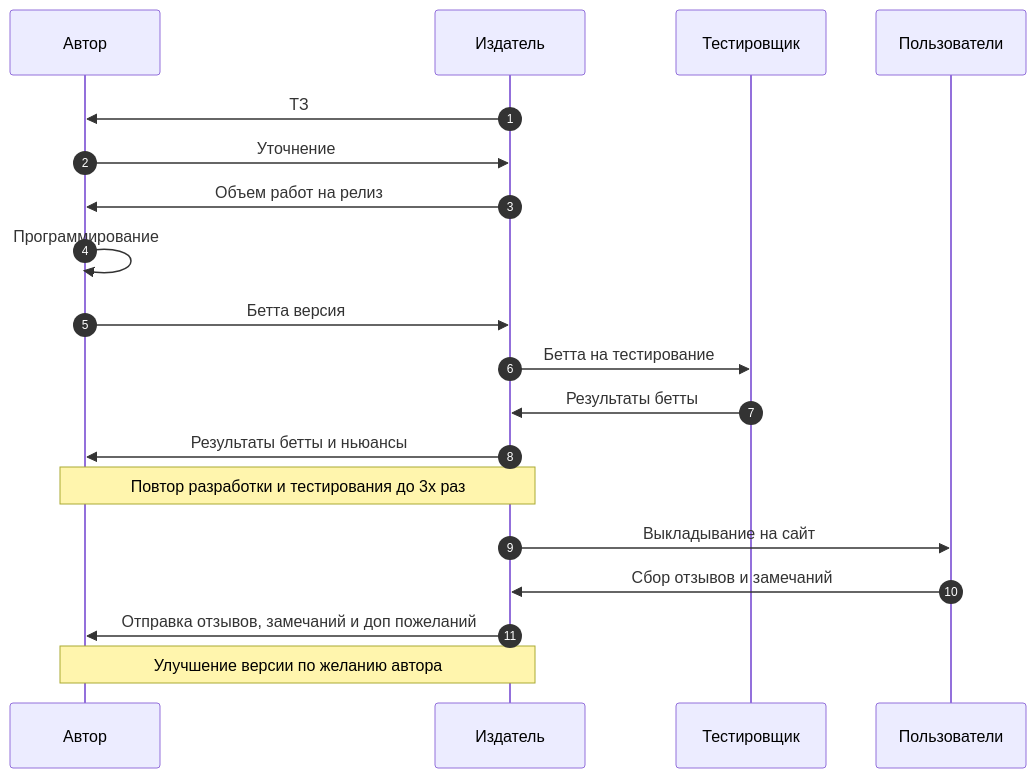
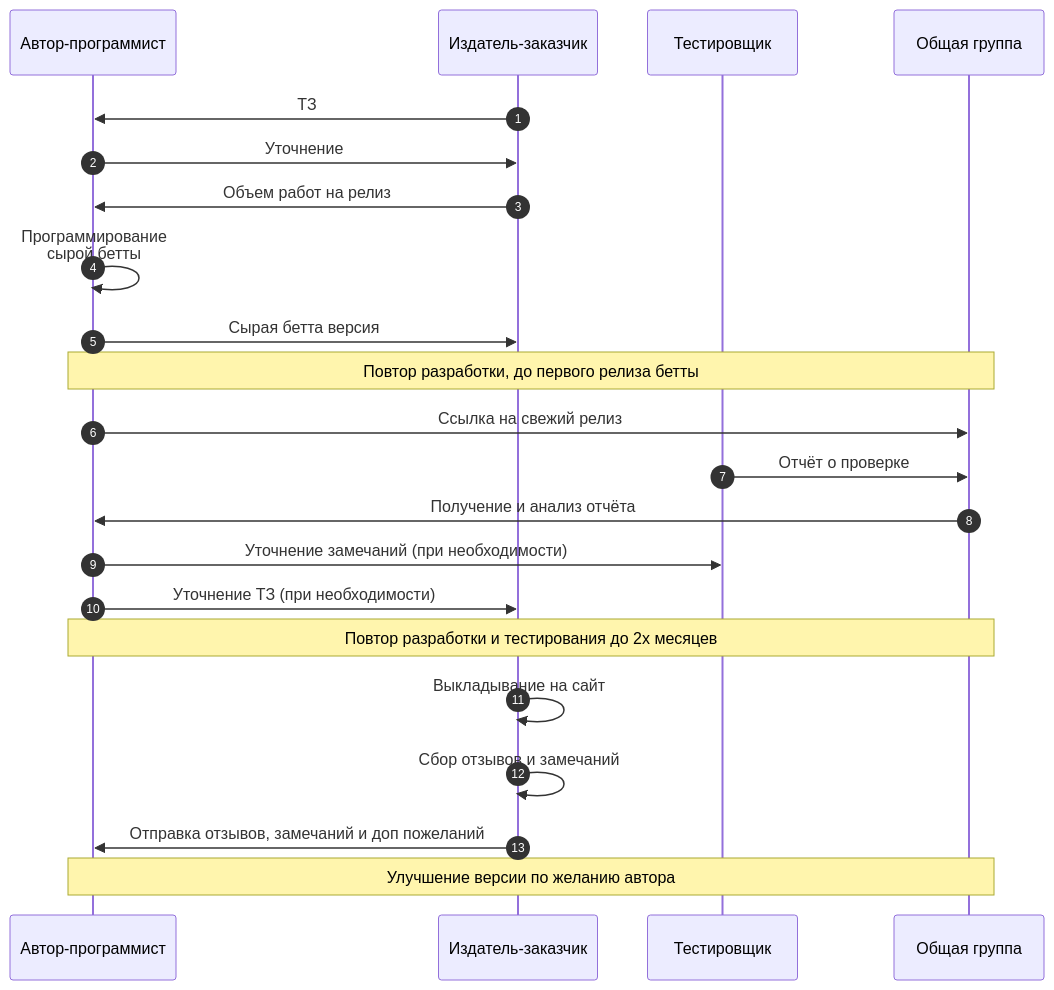
Before and after one commit to antlas1/reqdialas: the diagram in izdat.md, drawn with Mermaid. The commit also changed other lines of this file, not shown here.

````diff
--- a/izdat.md
+++ b/izdat.md
@@ -3,21 +3,24 @@
 ```mermaid
 sequenceDiagram
     autonumber
-    Participant A as Автор
-    Participant I as Издатель
+    Participant A as Автор-программист
+    Participant I as Издатель-заказчик
     Participant T as Тестировщик
-    Participant U as Пользователи
+    Participant G as Общая группа
     I ->> A : ТЗ
     A ->> I : Уточнение
     I ->> A : Объем работ на релиз
-    A ->> A : Программирование
-    A ->> I : Бетта версия
-    I ->> T : Бетта на тестирование
-    T ->> I : Результаты бетты
-    I ->> A : Результаты бетты и ньюансы
-    Note over A, I: Повтор разработки и тестирования до 3х раз
-    I ->> U : Выкладывание на сайт
-    U ->> I : Сбор отзывов и замечаний
+    A ->> A : Программирование <br> сырой бетты
+    A ->> I : Сырая бетта версия
+    Note over A, G: Повтор разработки, до первого релиза бетты
+    A ->> G : Ссылка на свежий релиз
+    T ->> G : Отчёт о проверке
+    G ->> A : Получение и анализ отчёта
+    A ->> T : Уточнение замечаний (при необходимости)
+    A ->> I : Уточнение ТЗ (при необходимости)
+    Note over A, G: Повтор разработки и тестирования до 2х месяцев
+    I ->> I : Выкладывание на сайт
+    I ->> I : Сбор отзывов и замечаний
     I ->> A : Отправка отзывов, замечаний и доп пожеланий
-    Note over A, I: Улучшение версии по желанию автора
+    Note over A, G: Улучшение версии по желанию автора
 ```
````
